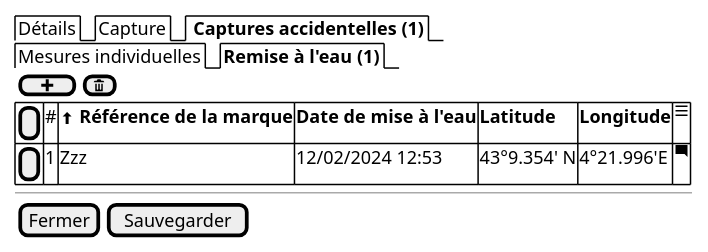
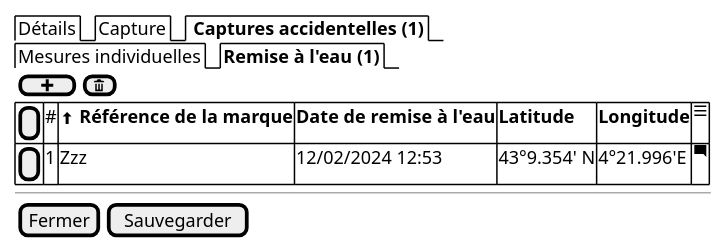
One commit to sumaris-net/sumaris-doc changed the diagram in projects/obsmer/spe/images/batch/batch-accident-release.puml. Above: the diagram before and after it, drawn with PlantUML. The commit also changed 8 other files, not shown here.

```diff
--- a/projects/obsmer/spe/images/batch/batch-accident-release.puml
+++ b/projects/obsmer/spe/images/batch/batch-accident-release.puml
@@ -1,18 +1,18 @@
 @startsalt
 {
 
   {/  Détails | Capture | <b> Captures accidentelles (1) }
   {/  Mesures individuelles | <b>Remise à l'eau (1) }
 
     { [ <&plus> ] | [<&trash>] }
 	{#
-      [ ] | # | <&arrow-thick-top> <b>Référence de la marque | <b>Date de mise à l'eau     | <b>Latitude   | <b>Longitude | <&menu>
+      [ ] | # | <&arrow-thick-top> <b>Référence de la marque | <b>Date de remise à l'eau     | <b>Latitude   | <b>Longitude | <&menu>
       [ ] | 1 | Zzz | 12/02/2024 12:53          | 43°9.354' N | 4°21.996'E | <&comment-square>
     }
   --
 
   {
     [Fermer] | [Sauvegarder]
   }
 }
 @endsalt
```
